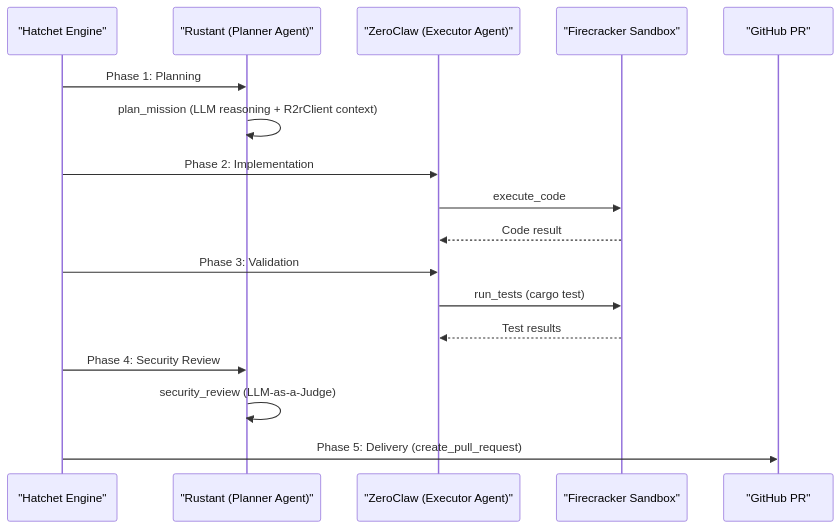
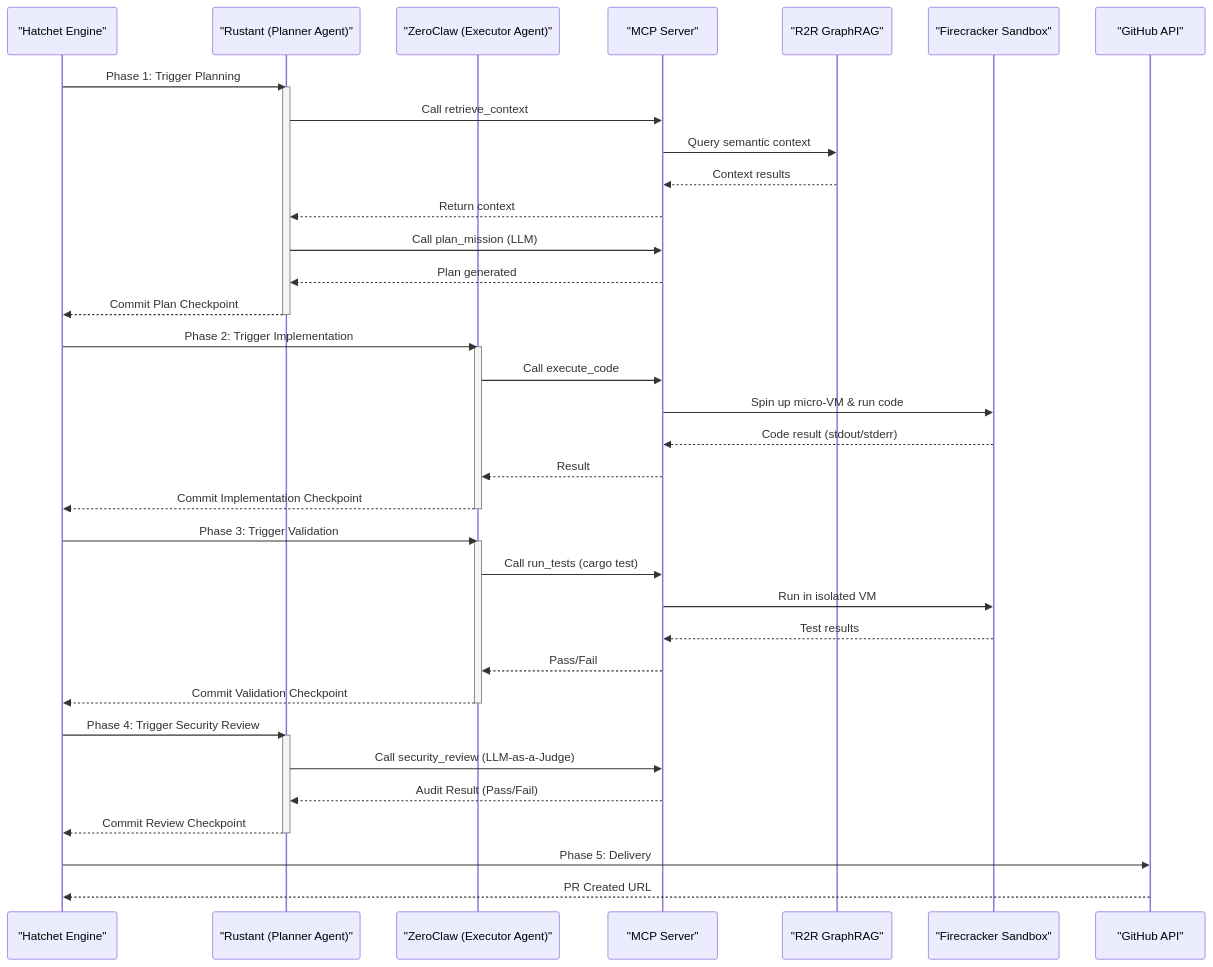
Before and after one commit to lgcorzo/rust_CACD_autonomous_factory: the second of 3 diagrams in wiki/TACTICAL-DESIGN.md, drawn with Mermaid. The commit also changed other lines of this file and 3 other files, not shown here.

Commit message:
docs: add Mermaid UML and C4 diagrams to architecture documents

````diff
--- a/wiki/TACTICAL-DESIGN.md
+++ b/wiki/TACTICAL-DESIGN.md
@@ -60,20 +99,49 @@
 ```mermaid
 sequenceDiagram
     participant Hatchet as "Hatchet Engine"
     participant RU as "Rustant (Planner Agent)"
     participant ZC as "ZeroClaw (Executor Agent)"
+    participant MCP as "MCP Server"
+    participant R2R as "R2R GraphRAG"
     participant Sandbox as "Firecracker Sandbox"
-    participant GH as "GitHub PR"
+    participant GH as "GitHub API"
 
-    Hatchet->>RU: Phase 1: Planning
-    RU->>RU: plan_mission (LLM reasoning + R2rClient context)
-    Hatchet->>ZC: Phase 2: Implementation
-    ZC->>Sandbox: execute_code
-    Sandbox-->>ZC: Code result
-    Hatchet->>ZC: Phase 3: Validation
-    ZC->>Sandbox: run_tests (cargo test)
-    Sandbox-->>ZC: Test results
-    Hatchet->>RU: Phase 4: Security Review
-    RU->>RU: security_review (LLM-as-a-Judge)
-    Hatchet->>GH: Phase 5: Delivery (create_pull_request)
+    Hatchet->>RU: Phase 1: Trigger Planning
+    activate RU
+    RU->>MCP: Call retrieve_context
+    MCP->>R2R: Query semantic context
+    R2R-->>MCP: Context results
+    MCP-->>RU: Return context
+    RU->>MCP: Call plan_mission (LLM)
+    MCP-->>RU: Plan generated
+    RU-->>Hatchet: Commit Plan Checkpoint
+    deactivate RU
+
+    Hatchet->>ZC: Phase 2: Trigger Implementation
+    activate ZC
+    ZC->>MCP: Call execute_code
+    MCP->>Sandbox: Spin up micro-VM & run code
+    Sandbox-->>MCP: Code result (stdout/stderr)
+    MCP-->>ZC: Result
+    ZC-->>Hatchet: Commit Implementation Checkpoint
+    deactivate ZC
+
+    Hatchet->>ZC: Phase 3: Trigger Validation
+    activate ZC
+    ZC->>MCP: Call run_tests (cargo test)
+    MCP->>Sandbox: Run in isolated VM
+    Sandbox-->>MCP: Test results
+    MCP-->>ZC: Pass/Fail
+    ZC-->>Hatchet: Commit Validation Checkpoint
+    deactivate ZC
+
+    Hatchet->>RU: Phase 4: Trigger Security Review
+    activate RU
+    RU->>MCP: Call security_review (LLM-as-a-Judge)
+    MCP-->>RU: Audit Result (Pass/Fail)
+    RU-->>Hatchet: Commit Review Checkpoint
+    deactivate RU
+
+    Hatchet->>GH: Phase 5: Delivery
+    GH-->>Hatchet: PR Created URL
 ```
````
